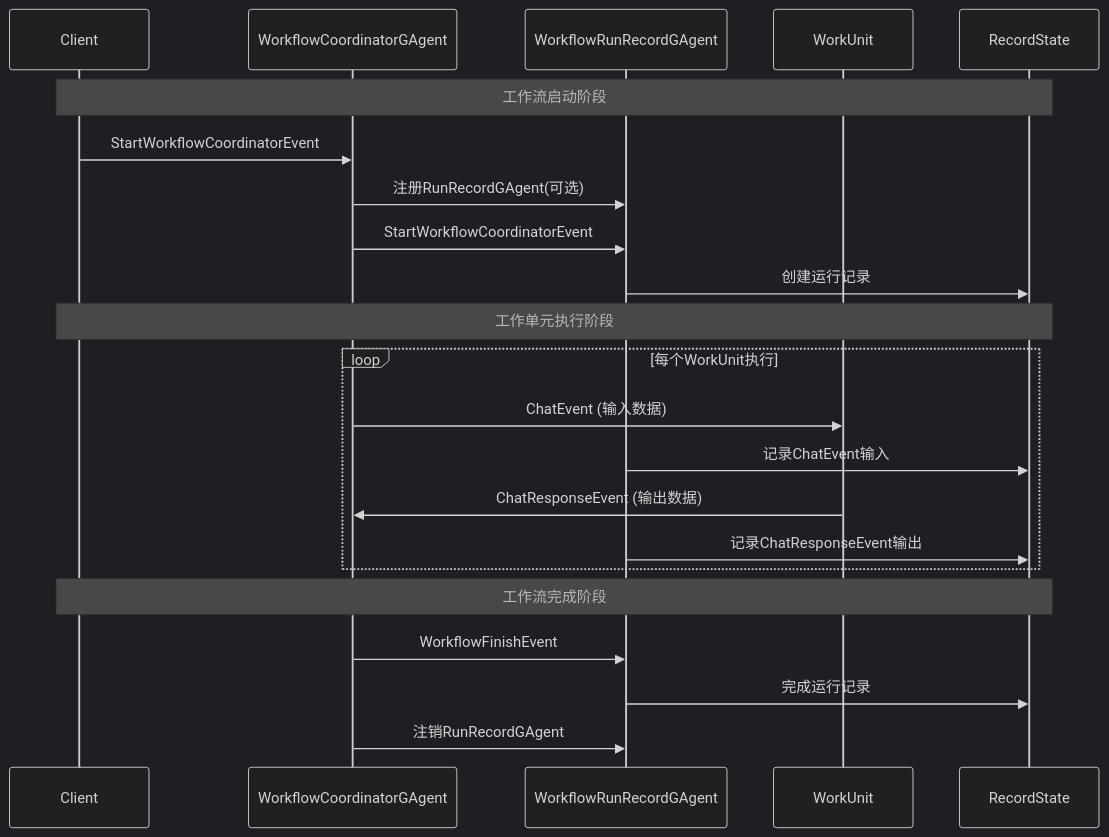
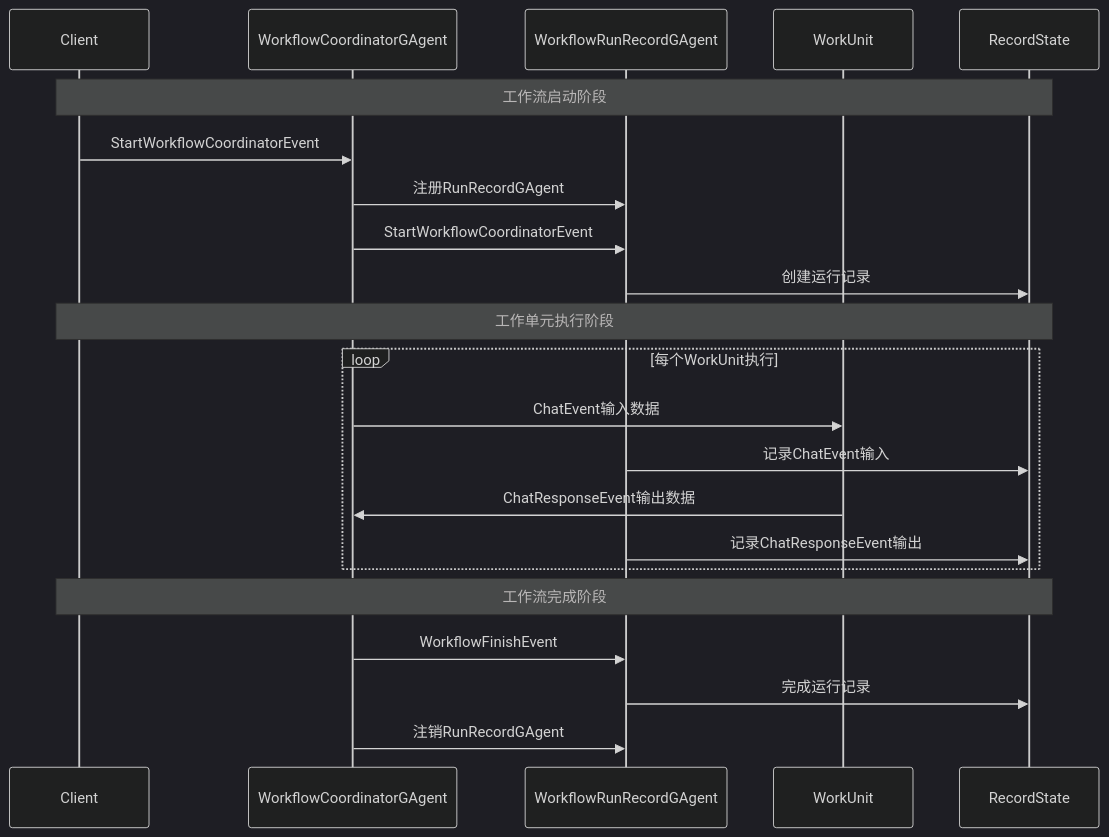
Before and after one commit to aevatarAI/aevatar-gagents: the second of 5 diagrams in WorkflowRunRecordGAgent_TechnicalDesign.md, drawn with Mermaid (dark theme). The commit also changed other lines of this file, not shown here.

````diff
--- a/WorkflowRunRecordGAgent_TechnicalDesign.md
+++ b/WorkflowRunRecordGAgent_TechnicalDesign.md
@@ -52,27 +52,27 @@
 ```mermaid
 sequenceDiagram
     participant Client
     participant WC as WorkflowCoordinatorGAgent
     participant WRR as WorkflowRunRecordGAgent
     participant WU as WorkUnit
     participant State as RecordState
     
     Note over Client,State: 工作流启动阶段
     Client->>WC: StartWorkflowCoordinatorEvent
-    WC->>WRR: 注册RunRecordGAgent(可选)
+    WC->>WRR: 注册RunRecordGAgent
     WC->>WRR: StartWorkflowCoordinatorEvent
     WRR->>State: 创建运行记录
     
     Note over Client,State: 工作单元执行阶段
     loop 每个WorkUnit执行
-        WC->>WU: ChatEvent (输入数据)
+        WC->>WU: ChatEvent输入数据
         WRR->>State: 记录ChatEvent输入
-        WU->>WC: ChatResponseEvent (输出数据)
+        WU->>WC: ChatResponseEvent输出数据
         WRR->>State: 记录ChatResponseEvent输出
     end
     
     Note over Client,State: 工作流完成阶段  
     WC->>WRR: WorkflowFinishEvent
     WRR->>State: 完成运行记录
     WC->>WRR: 注销RunRecordGAgent
 ```
````
